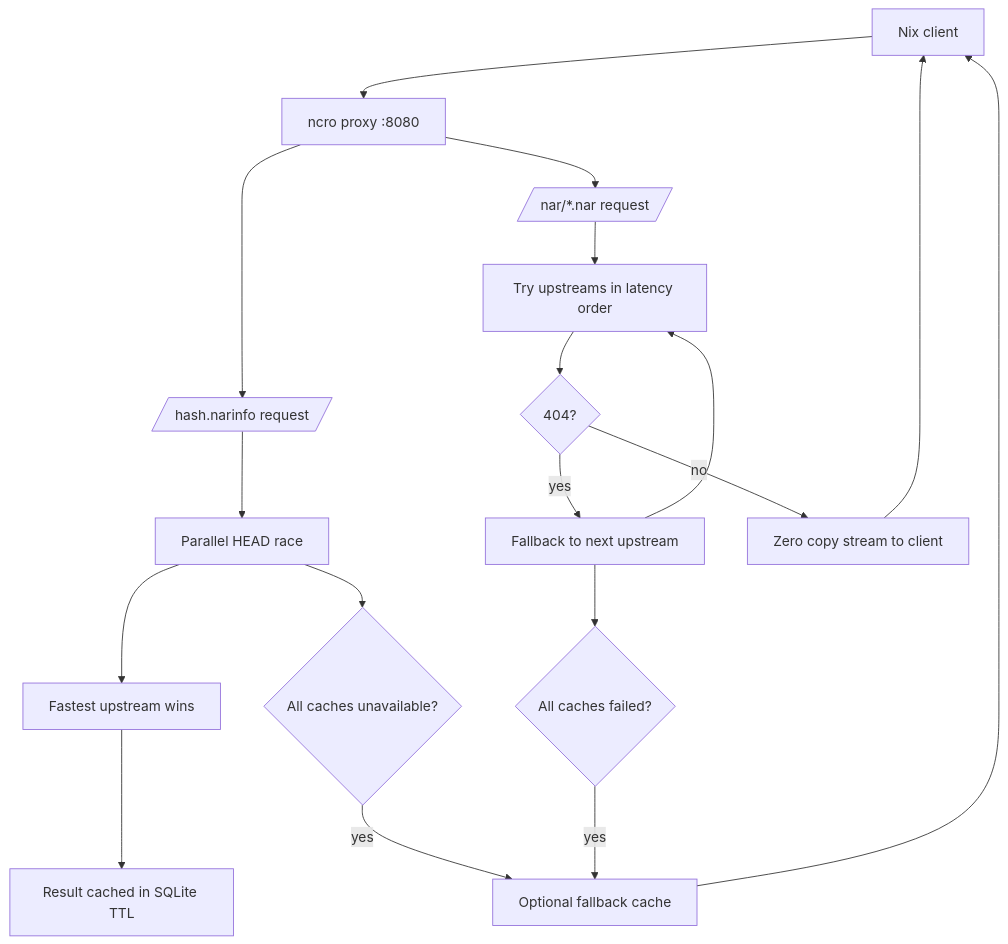
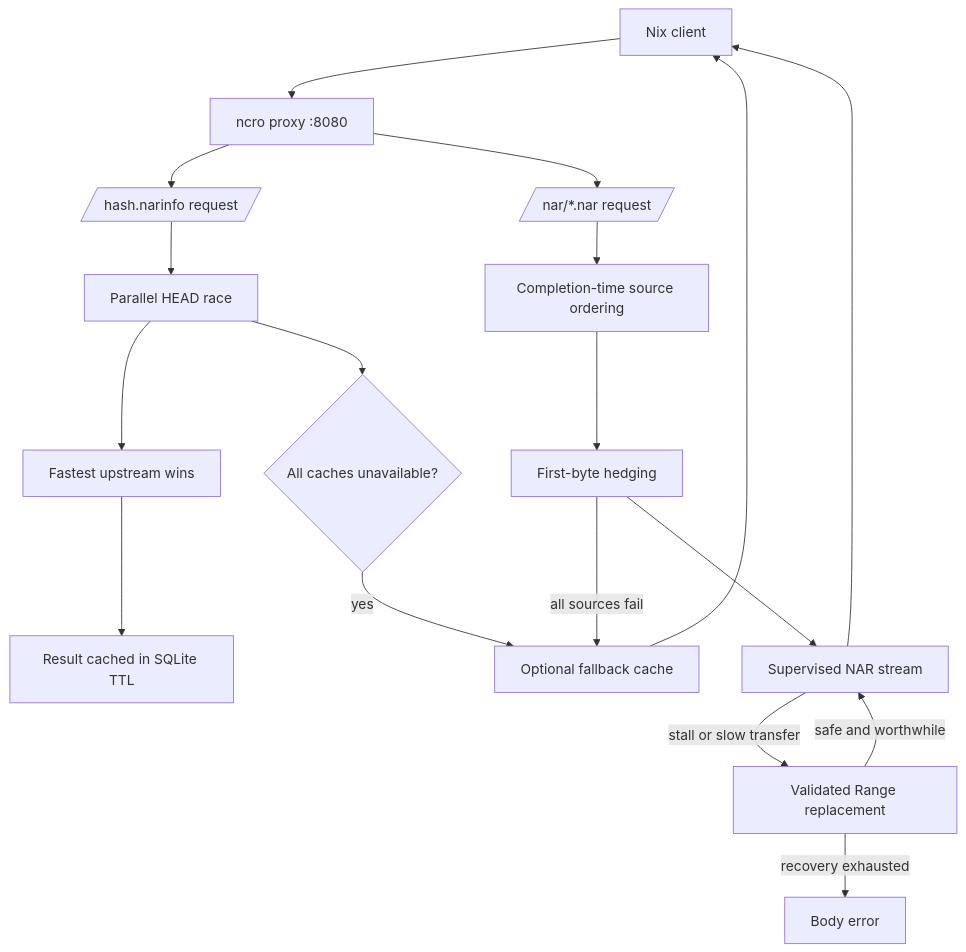
The diagram in README.md (manic-systems/ncro), drawn with Mermaid before and after one commit. The commit also changed other lines of this file and 1 other file, not shown here.

Commit message:
docs: detail adaptive NAR optimization in README and config reference

````diff
--- a/README.md
+++ b/README.md
@@ -59,24 +59,23 @@
 ```mermaid
 flowchart TD
     A[Nix client] --> B[ncro proxy :8080]
 
     B --> C[/hash.narinfo request/]
     B --> D[/nar/*.nar request/]
 
     C --> E[Parallel HEAD race]
     E --> F[Fastest upstream wins]
     F --> G[Result cached in SQLite TTL]
     E --> L{All caches unavailable?}
     L -- yes --> M[Optional fallback cache]
 
-    D --> H[Try upstreams in latency order]
-    H --> I{404?}
-    I -- yes --> J[Fallback to next upstream]
-    J --> N{All caches failed?}
-    N -- yes --> M
-    I -- no --> K[Zero copy stream to client]
-
-    J --> H
+    D --> H[Completion-time source ordering]
+    H --> I[First-byte hedging]
+    I --> K[Supervised NAR stream]
+    I -- all sources fail --> M
+    K -- stall or slow transfer --> J[Validated Range replacement]
+    J -- safe and worthwhile --> K
+    J -- recovery exhausted --> N[Body error]
     M --> A
     K --> A
 ```
````
